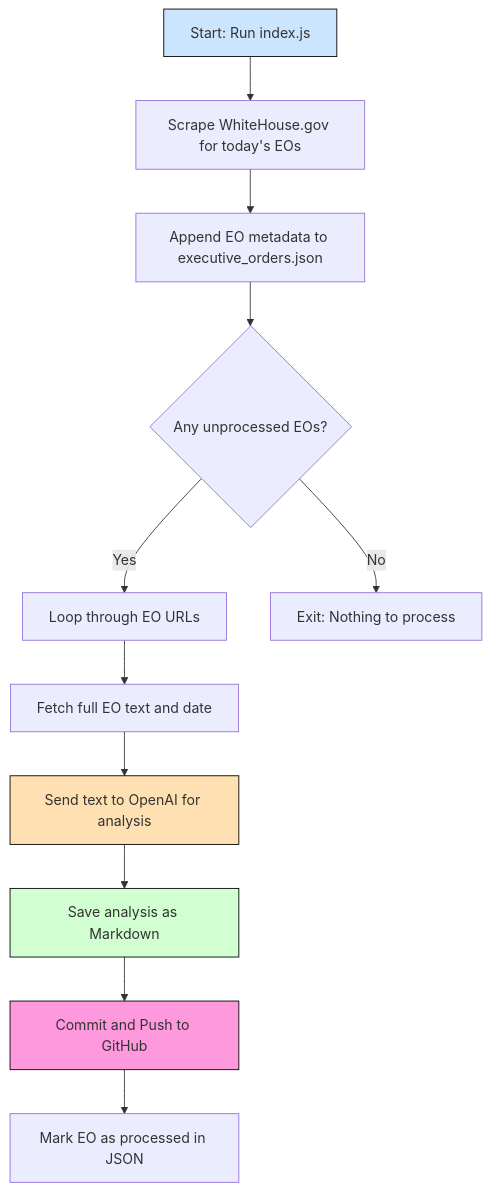
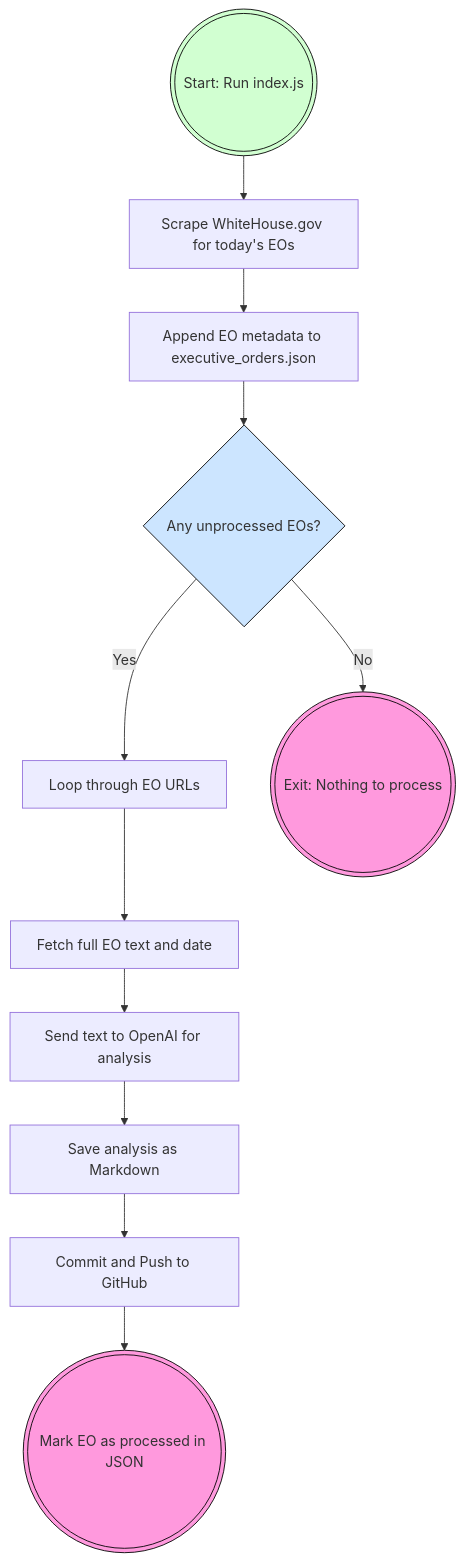
One commit to brienjl/resistance-reno-ai changed the diagram in README.md. Above: the diagram before and after it, drawn with Mermaid. The commit also changed other lines of this file, not shown here.

Commit message:
refactor readme with start and end nodes

````diff
--- a/README.md
+++ b/README.md
@@ -109,18 +109,19 @@
 ```mermaid
 flowchart TD
-    A[Start: Run index.js] --> B[Scrape WhiteHouse.gov for today's EOs]
+    A(((Start: Run index.js))) --> B[Scrape WhiteHouse.gov for today's EOs]
     B --> C[Append EO metadata to executive_orders.json]
     C --> D{Any unprocessed EOs?}
     D -- Yes --> E[Loop through EO URLs]
     E --> F[Fetch full EO text and date]
     F --> G[Send text to OpenAI for analysis]
     G --> H[Save analysis as Markdown]
     H --> I[Commit and Push to GitHub]
-    I --> J[Mark EO as processed in JSON]
-    D -- No --> K[Exit: Nothing to process]
+    I --> J(((Mark EO as processed in JSON)))
+    D -- No --> K(((Exit: Nothing to process)))
 
-    style A fill:#cce5ff,stroke:#000
-    style G fill:#ffe0b2,stroke:#000
-    style H fill:#d1ffd1,stroke:#000
-    style I fill:#f9d,stroke:#000
+    style A fill:#d1ffd1,stroke:#000
+    style D fill:#cce5ff,stroke:#000
+    style J fill:#f9d,stroke:#000
+    style K fill:#f9d,stroke:#000
+
 ```
````
